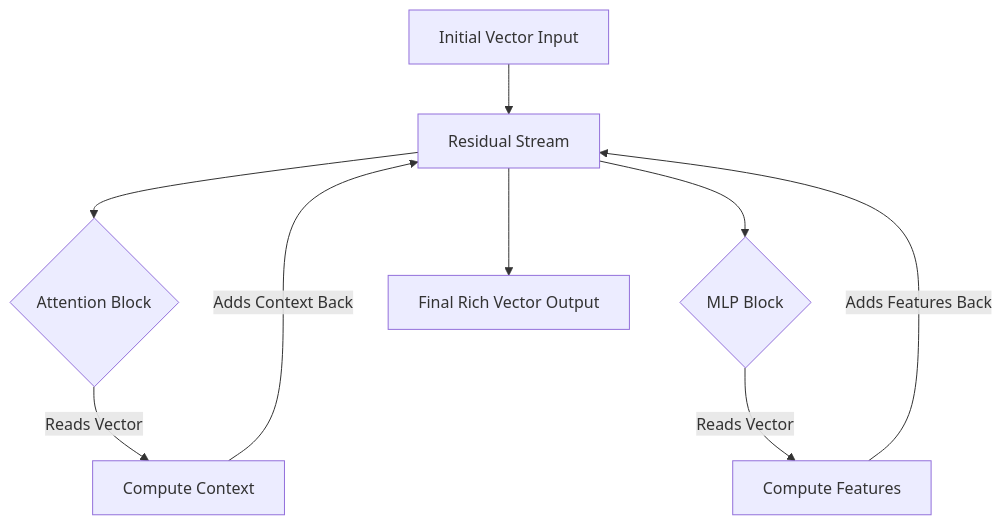
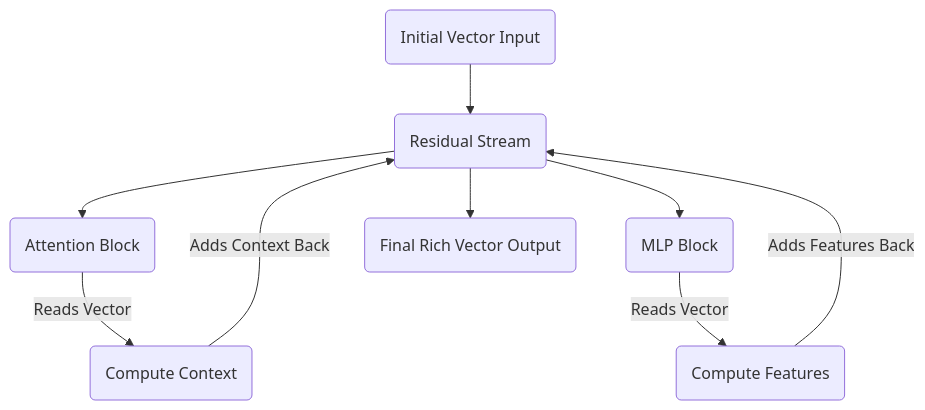
Before and after one commit to Lyd1aCla1r3/lyd1acla1r3.github.io: the second of 2 diagrams in blog/content/preface.md, drawn with Mermaid. The commit also changed other lines of this file and 3 other files, not shown here.

Commit message:
Update Mermaid aesthetic and format vocabulary as table

````diff
--- a/blog/content/preface.md
+++ b/blog/content/preface.md
@@ -67,11 +60,11 @@
 ```mermaid
 graph TD
-    A[Initial Vector Input] --> B[Residual Stream]
-    B --> C{Attention Block}
-    C -->|Reads Vector| D[Compute Context]
+    A("Initial Vector Input") --> B("Residual Stream")
+    B --> C("Attention Block")
+    C -->|Reads Vector| D("Compute Context")
     D -->|Adds Context Back| B
-    B --> E{MLP Block}
-    E -->|Reads Vector| F[Compute Features]
+    B --> E("MLP Block")
+    E -->|Reads Vector| F("Compute Features")
     F -->|Adds Features Back| B
-    B --> G[Final Rich Vector Output]
+    B --> G("Final Rich Vector Output")
 ```
````
